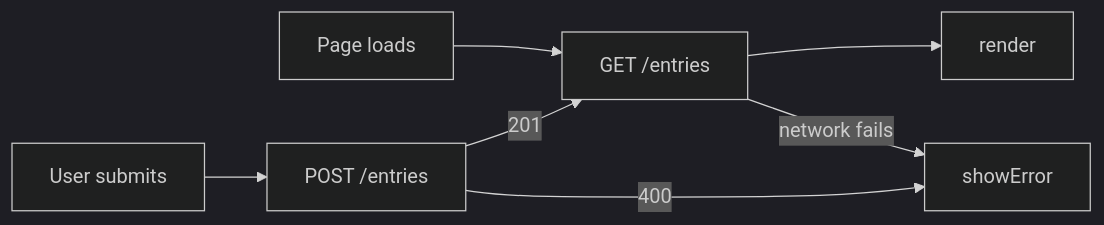
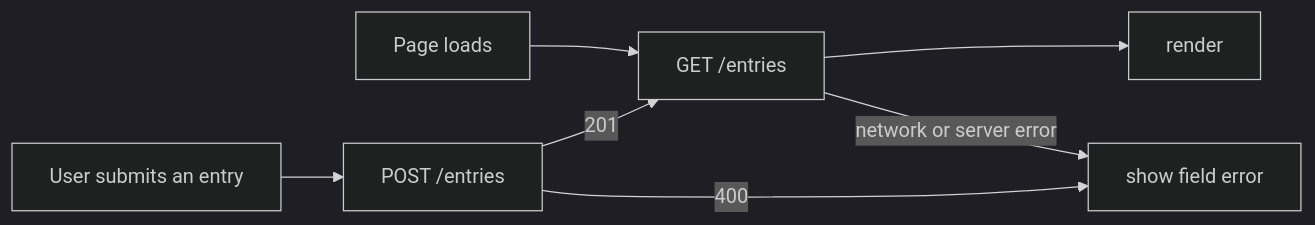
The diagram in README.md (mehtaaashi05/mgt3745-hw5), drawn with Mermaid (dark theme) before and after one commit. The commit also changed other lines of this file and 18 other files, not shown here.

````diff
--- a/README.md
+++ b/README.md
@@ -22,9 +13,9 @@
 ```mermaid
 flowchart LR
   A[Page loads] --> B[GET /entries]
   B --> C[render]
-  D[User submits] --> E[POST /entries]
+  D[User submits an entry] --> E[POST /entries]
   E -->|201| B
-  E -->|400| F[showError]
-  B -->|network fails| F
+  E -->|400| F[show field error]
+  B -->|network or server error| F
 ```
````
